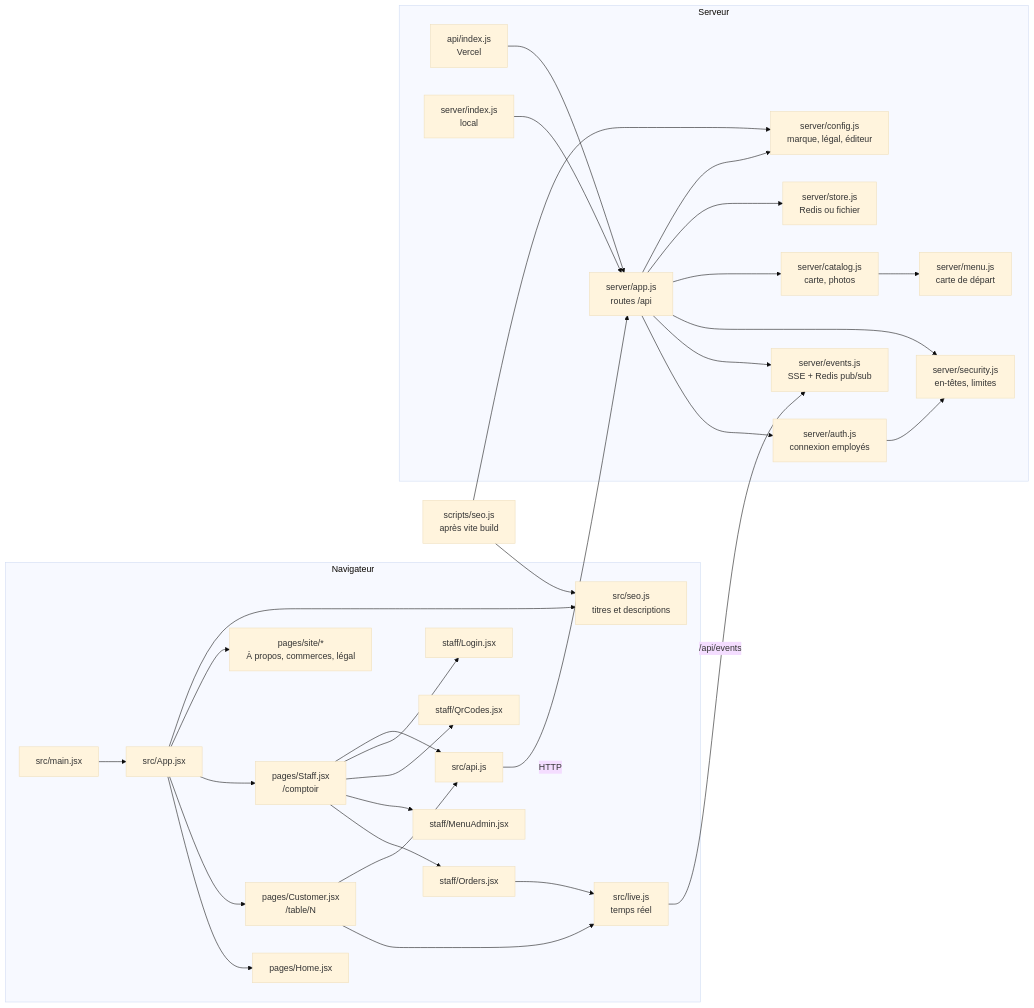
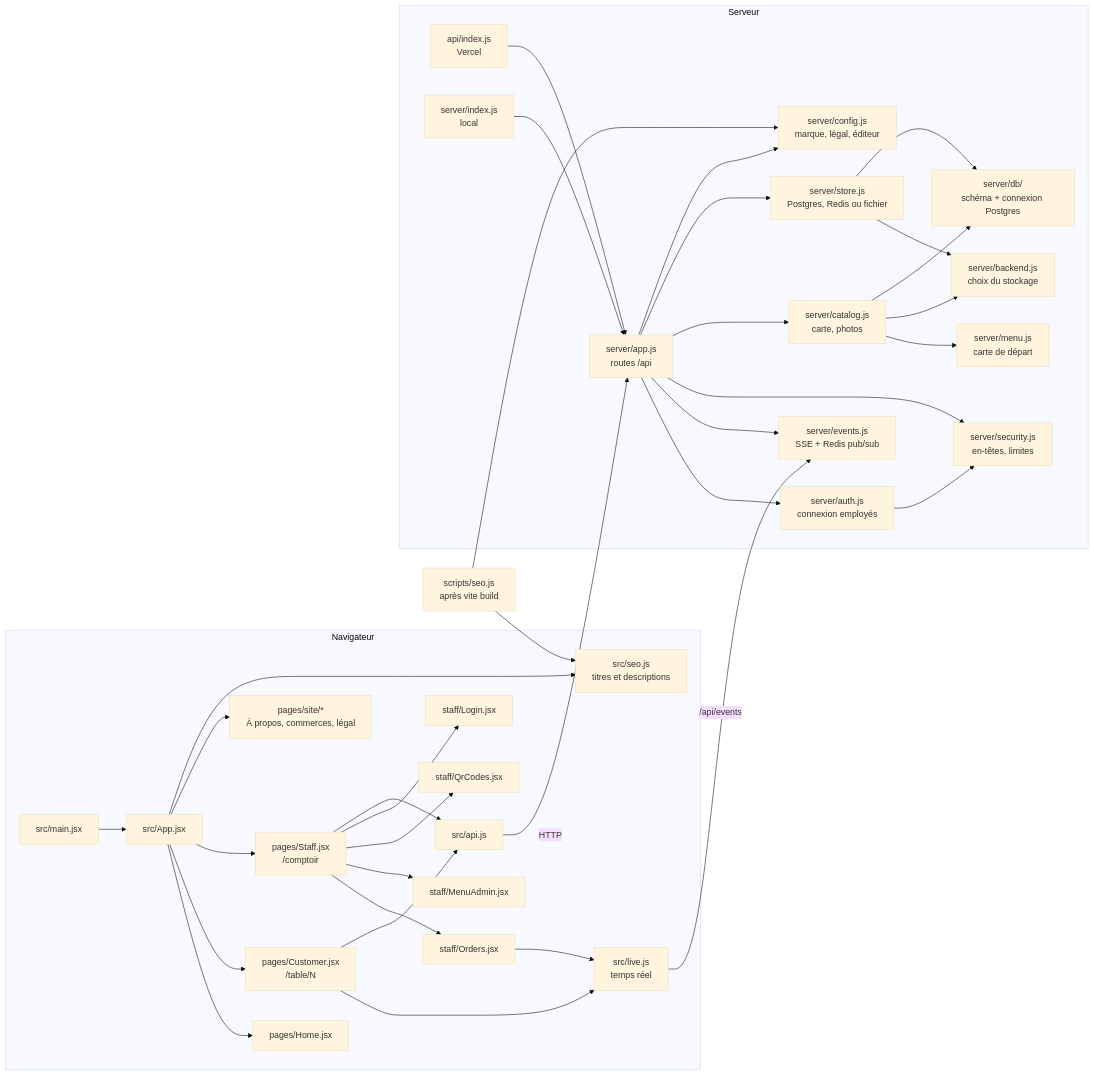
The diagram in docs/CARTE-DU-CODE.md (Bryamx26/forcado-app), drawn with Mermaid (base theme) before and after one commit. The commit also changed other lines of this file and 13 other files, not shown here.

````diff
--- a/docs/CARTE-DU-CODE.md
+++ b/docs/CARTE-DU-CODE.md
@@ -5,37 +5,41 @@
 ```mermaid
 graph LR
   subgraph Navigateur
     main[src/main.jsx] --> App[src/App.jsx]
     App --> Home[pages/Home.jsx]
     App --> Customer[pages/Customer.jsx<br/>/table/N]
     App --> Staff[pages/Staff.jsx<br/>/comptoir]
     App --> Site[pages/site/*<br/>À propos, commerces, légal]
     App --> seo[src/seo.js<br/>titres et descriptions]
     Staff --> Orders[staff/Orders.jsx]
     Staff --> MenuAdmin[staff/MenuAdmin.jsx]
     Staff --> QrCodes[staff/QrCodes.jsx]
     Staff --> Login[staff/Login.jsx]
     Customer --> live[src/live.js<br/>temps réel]
     Orders --> live
     Customer --> api[src/api.js]
     Staff --> api
   end
 
   subgraph Serveur
     vercel[api/index.js<br/>Vercel] --> app[server/app.js<br/>routes /api]
     local[server/index.js<br/>local] --> app
     app --> auth[server/auth.js<br/>connexion employés]
     app --> events[server/events.js<br/>SSE + Redis pub/sub]
     app --> security[server/security.js<br/>en-têtes, limites]
     auth --> security
     app --> catalog[server/catalog.js<br/>carte, photos]
     catalog --> menu[server/menu.js<br/>carte de départ]
-    app --> store[server/store.js<br/>Redis ou fichier]
+    app --> store[server/store.js<br/>Postgres, Redis ou fichier]
+    store --> backend[server/backend.js<br/>choix du stockage]
+    catalog --> backend
+    store --> db[server/db/<br/>schéma + connexion Postgres]
+    catalog --> db
     app --> config[server/config.js<br/>marque, légal, éditeur]
   end
 
   api -- HTTP --> app
   live -- /api/events --> events
   build[scripts/seo.js<br/>après vite build] --> config
   build --> seo
 ```
````
